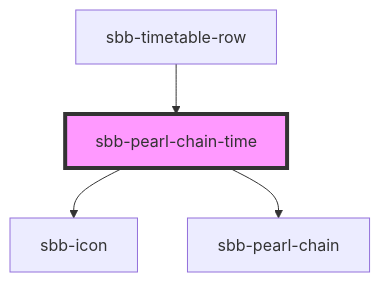
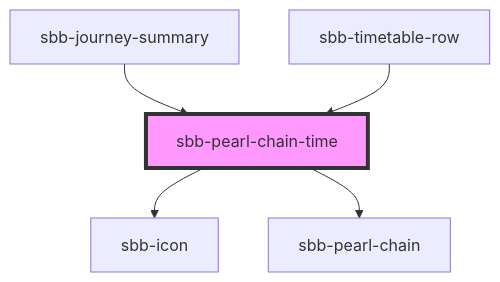
The diagram in src/components/sbb-pearl-chain-time/readme.md (sbb-design-systems/lyne-components), drawn with Mermaid before and after one commit. The commit also changed other lines of this file and 7 other files, not shown here.

Commit message:
feat: use pearl-chain-time in journey-summary

````diff
--- a/src/components/sbb-pearl-chain-time/readme.md
+++ b/src/components/sbb-pearl-chain-time/readme.md
@@ -49,7 +50,8 @@
 ```mermaid
 graph TD;
   sbb-pearl-chain-time --> sbb-icon
   sbb-pearl-chain-time --> sbb-pearl-chain
+  sbb-journey-summary --> sbb-pearl-chain-time
   sbb-timetable-row --> sbb-pearl-chain-time
   style sbb-pearl-chain-time fill:#f9f,stroke:#333,stroke-width:4px
 ```
````
